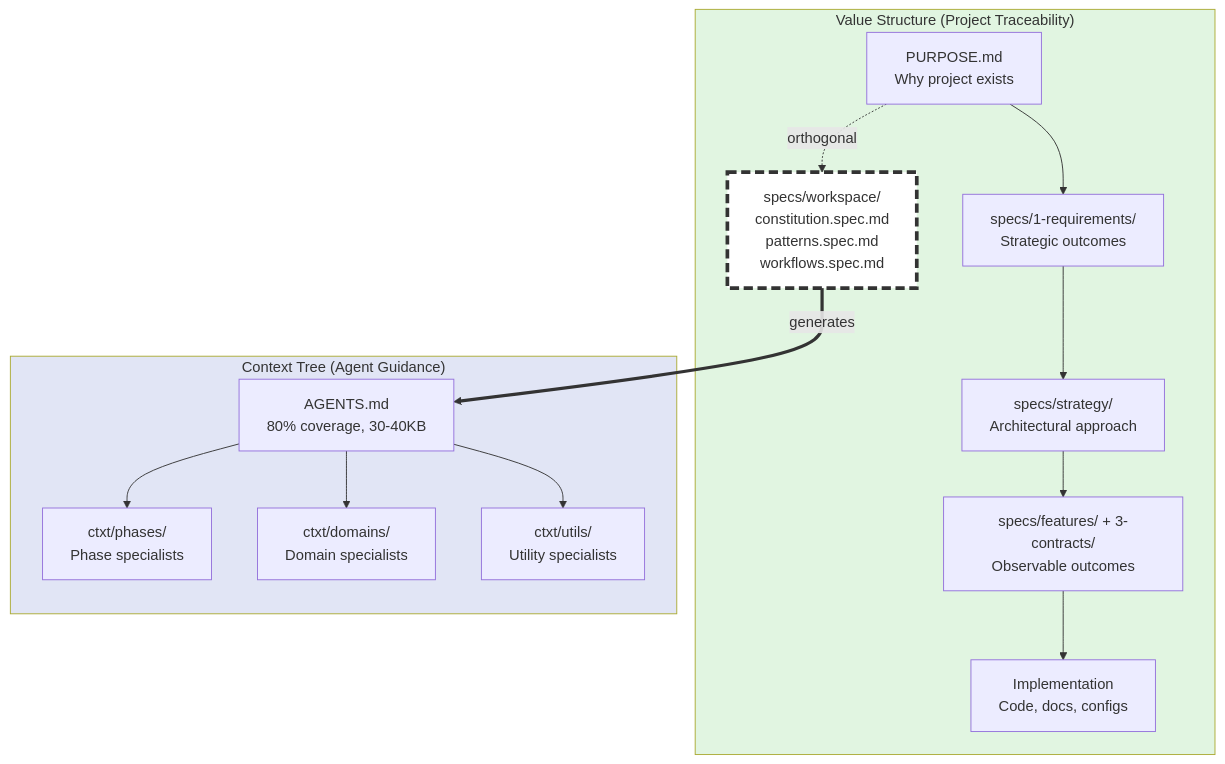
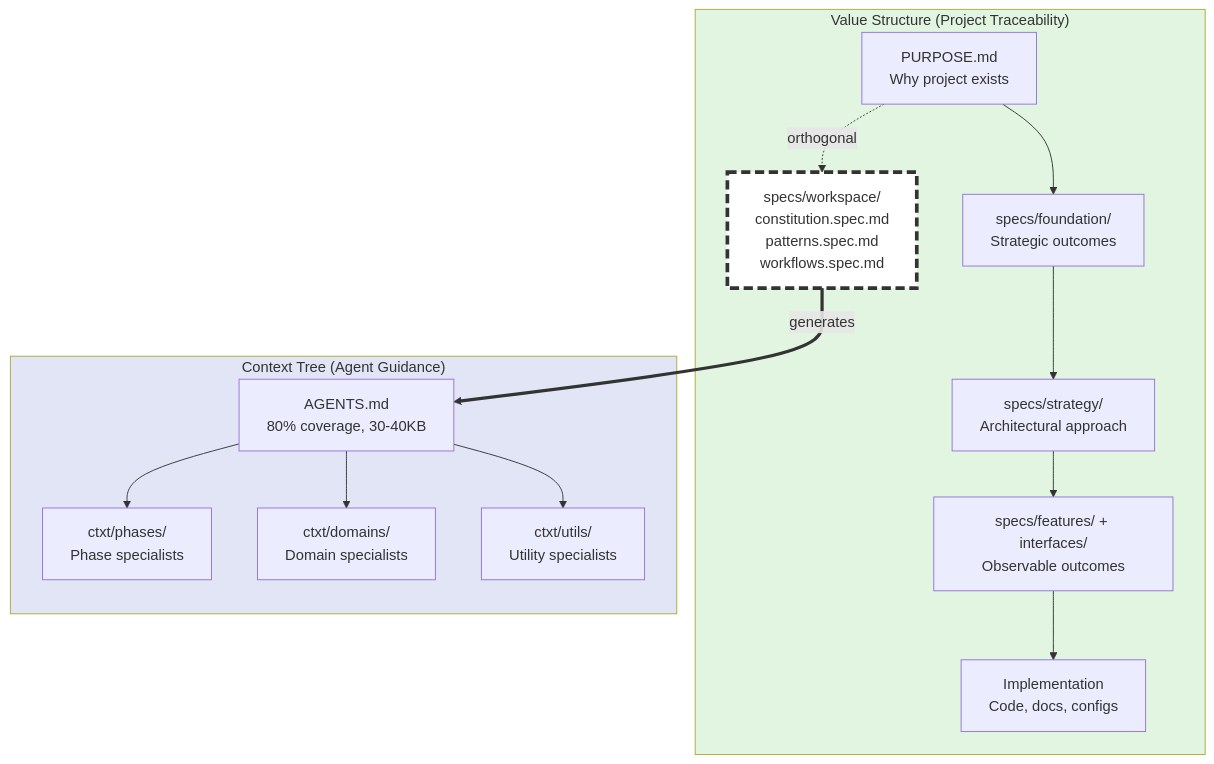
The diagram in specs/artifacts/diagrams/value-structure-context-tree-relationship.spec.md (chrs-myrs/livespec), drawn with Mermaid before and after one commit. The commit also changed other lines of this file and 331 other files, not shown here.

````diff
--- a/specs/artifacts/diagrams/value-structure-context-tree-relationship.spec.md
+++ b/specs/artifacts/diagrams/value-structure-context-tree-relationship.spec.md
@@ -56,38 +56,38 @@
 ```mermaid
 graph TD
     subgraph VALUE["Value Structure (Project Traceability)"]
         PURPOSE[PURPOSE.md<br/>Why project exists]
-        REQ[specs/1-requirements/<br/>Strategic outcomes]
+        REQ[specs/foundation/<br/>Strategic outcomes]
         STRAT[specs/strategy/<br/>Architectural approach]
-        BEH[specs/features/ + 3-contracts/<br/>Observable outcomes]
+        BEH[specs/features/ + interfaces/<br/>Observable outcomes]
         IMPL[Implementation<br/>Code, docs, configs]
 
         PURPOSE --> REQ
         REQ --> STRAT
         STRAT --> BEH
         BEH --> IMPL
 
         WS:::bridge
         WS[specs/workspace/<br/>constitution.spec.md<br/>patterns.spec.md<br/>workflows.spec.md]
 
         PURPOSE -.orthogonal.-> WS
     end
 
     subgraph CONTEXT["Context Tree (Agent Guidance)"]
         AGENTS[AGENTS.md<br/>80% coverage, 30-40KB]
         PHASES[ctxt/phases/<br/>Phase specialists]
         DOMAINS[ctxt/domains/<br/>Domain specialists]
         UTILS[ctxt/utils/<br/>Utility specialists]
 
         AGENTS --> PHASES
         AGENTS --> DOMAINS
         AGENTS --> UTILS
     end
 
     WS ==>|generates| AGENTS
 
     classDef bridge fill:#fff,stroke:#333,stroke-width:4px,stroke-dasharray: 10 5
 
     style VALUE fill:#e1f5e1
     style CONTEXT fill:#e1e5f5
 ```
````
